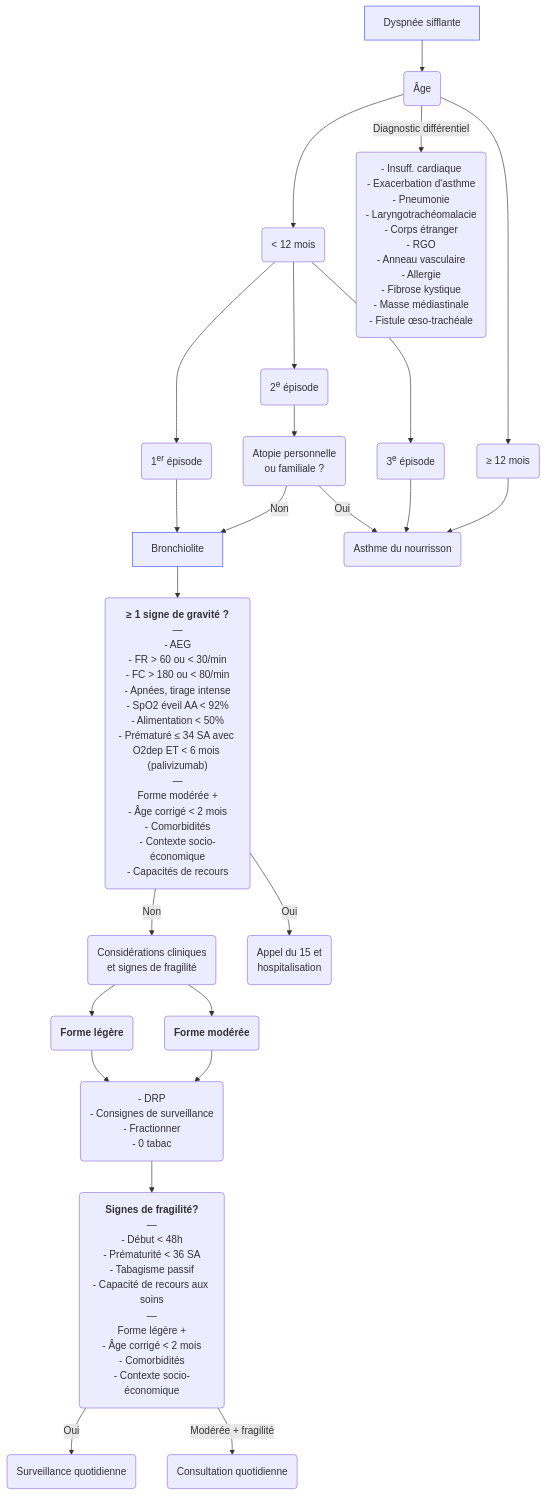
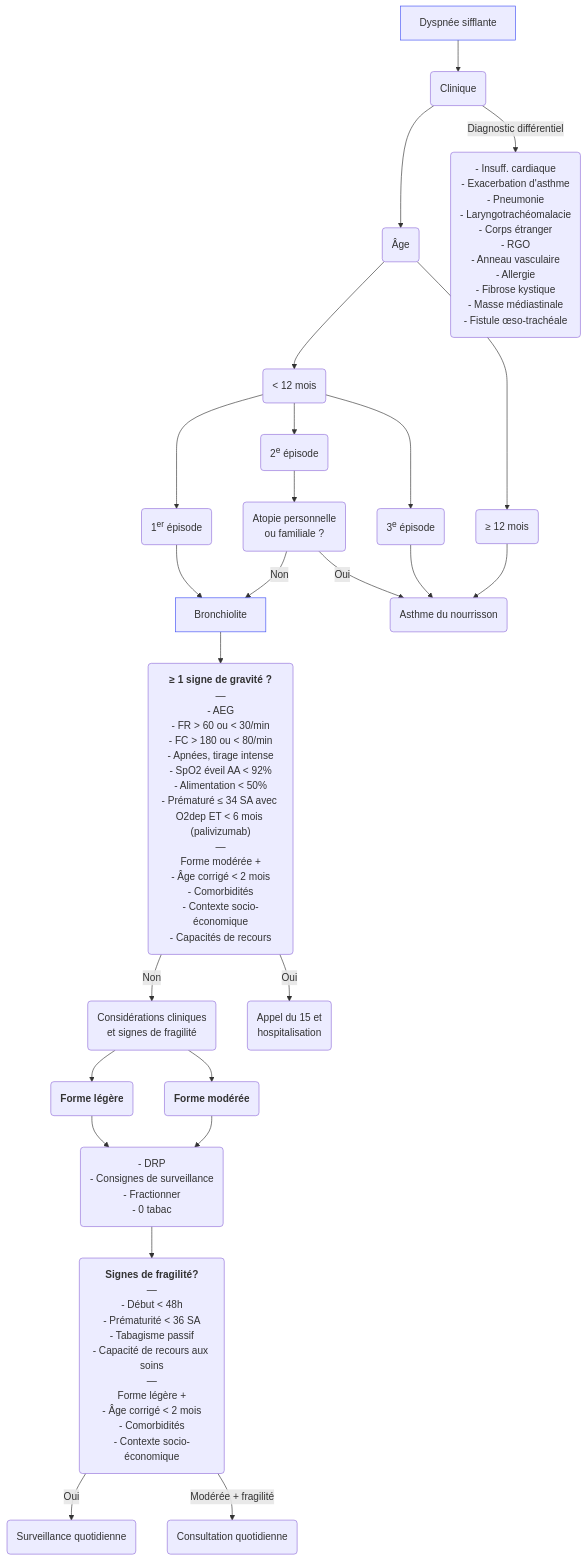
The diagram in content/recommandations/bronchiolite.md (djibe/recommandations-medicales), drawn with Mermaid before and after one commit. The commit also changed 40 other files, not shown here.

```diff
--- a/content/recommandations/bronchiolite.md
+++ b/content/recommandations/bronchiolite.md
@@ -361,24 +361,24 @@
 {{< mermaid title="Prise en charge de la bronchiolite et d'une dyspnée sifflante. Dr JB Fron d'après HAS/CNPP 2019" >}}
 graph TB
-  dyspnee[Dyspnée sifflante] --> âge(Âge)
-  style dyspnee stroke:#4150f5, stroke-width:1px
-    âge --> moins12(&lt; 12 mois)
-      moins12 --> 1(1<sup>er</sup> épisode) --> bronchiolite[Bronchiolite]
+  dyspnee[Dyspnée sifflante] --> clinique(Clinique) --> âge(Âge)
+    âge --> moins12("&lt; 12 mois")
+      moins12 --> 1("1<sup>er</sup> épisode") --> bronchiolite[Bronchiolite]
       style bronchiolite stroke:#4150f5, stroke-width:1px
         bronchiolite --> gravite("<b>≥ 1 signe de gravité ?</b><br>—<br>- AEG<br>- FR &gt; 60 ou &lt; 30/min<br>- FC &gt; 180 ou &lt; 80/min<br>- Apnées, tirage intense<br>- SpO2 éveil AA &lt; 92%<br>- Alimentation &lt; 50%<br>- Prématuré ≤ 34 SA avec O2dep ET &lt; 6 mois (palivizumab)<br>—<br>Forme modérée +<br>- Âge corrigé &lt; 2 mois<br>- Comorbidités<br>- Contexte socio-économique<br>- Capacités de recours")
           gravite -- Non --> impression(Considérations cliniques<br>et signes de fragilité)
             impression --> legere("<b>Forme légère</b>")
               legere --> education("- DRP<br>- Consignes de surveillance<br>- Fractionner<br>- 0 tabac")
                 education --> fragilite("<b>Signes de fragilité?</b><br>—<br>- Début &lt; 48h<br>- Prématurité &lt; 36 SA<br>- Tabagisme passif<br>- Capacité de recours aux soins<br>—<br>Forme légère +<br>- Âge corrigé &lt; 2 mois<br>- Comorbidités<br>- Contexte socio-économique")
                   fragilite -- Oui --> vigilance(Surveillance quotidienne)
                   fragilite -- Modérée + fragilité --> consultation(Consultation quotidienne)
             impression --> moderee("<b>Forme modérée</b>")
               moderee --> education
           gravite -- Oui --> hospitalisation(Appel du 15 et<br>hospitalisation)
       moins12 --> 2(2<sup>e</sup> épisode) --> atopie(Atopie personnelle<br>ou familiale ?)
         atopie -- Non --> bronchiolite
         atopie -- Oui --> asthme
       moins12 --> 3(3<sup>e</sup> épisode) --> asthme(Asthme du nourrisson)
     âge --> plus12("≥ 12 mois") --> asthme
-    âge -- Diagnostic différentiel --> differentiel("- Insuff. cardiaque<br>- Exacerbation d'asthme<br>- Pneumonie<br>- Laryngotrachéomalacie<br>- Corps étranger<br>- RGO<br>- Anneau vasculaire<br>- Allergie<br>- Fibrose kystique<br>- Masse médiastinale<br>- Fistule œso-trachéale")
+    clinique -- Diagnostic différentiel --> differentiel("- Insuff. cardiaque<br>- Exacerbation d'asthme<br>- Pneumonie<br>- Laryngotrachéomalacie<br>- Corps étranger<br>- RGO<br>- Anneau vasculaire<br>- Allergie<br>- Fibrose kystique<br>- Masse médiastinale<br>- Fistule œso-trachéale")
+    style dyspnee stroke:#4150f5, stroke-width:1px
 {{< /mermaid >}}
```
